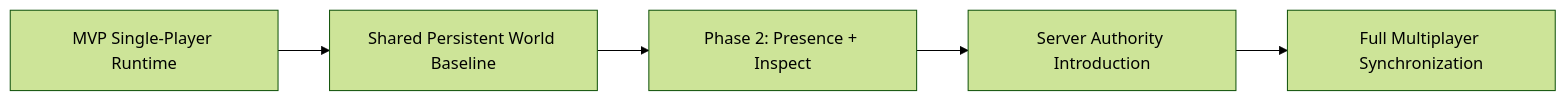
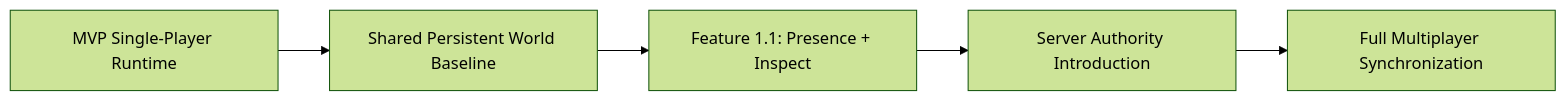
One commit to ikiliki/RiseOfCivilization changed the tenth of 10 diagrams in docs/architecture/diagrams.md. Above: the diagram before and after it, drawn with Mermaid (forest theme). The commit also changed other lines of this file and 106 other files, not shown here.

````diff
--- a/docs/architecture/diagrams.md
+++ b/docs/architecture/diagrams.md
@@ -217,7 +217,7 @@
 ```mermaid
 flowchart LR
   MVP[MVP Single-Player Runtime] --> SharedWorld[Shared Persistent World Baseline]
-  SharedWorld --> Presence[Phase 2: Presence + Inspect]
+  SharedWorld --> Presence[Feature 1.1: Presence + Inspect]
   Presence --> Authority[Server Authority Introduction]
   Authority --> Multiplayer[Full Multiplayer Synchronization]
 ```
````
